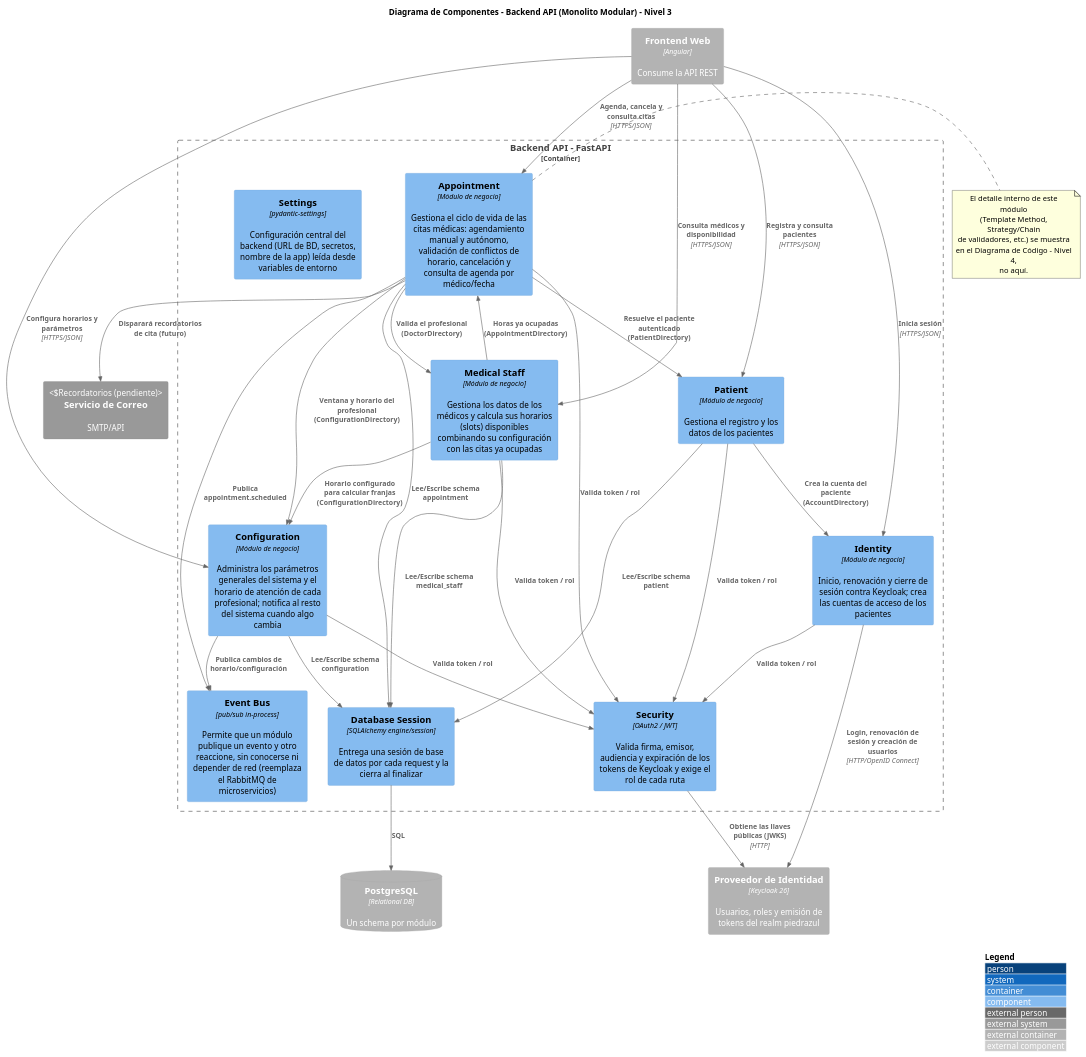
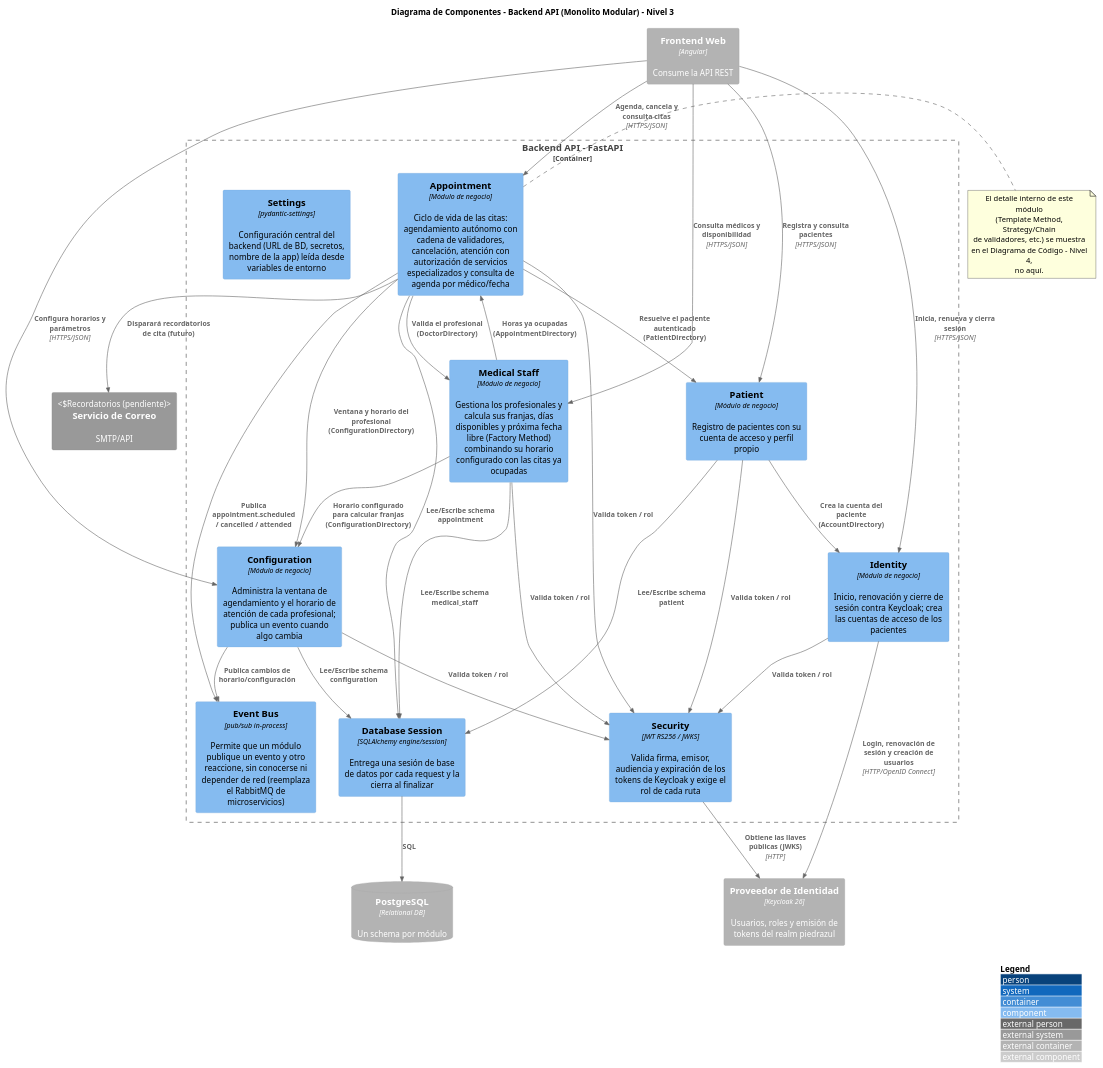
Before and after one commit to SantiagoGutierrez11/piedrazul-monolitic: the diagram in docs/architecture/c4-nivel3-componentes.puml, drawn with PlantUML. The commit also changed 8 other files, not shown here.

Commit message:
Align context, scenario and deployment diagrams with the implemented flows

```diff
--- a/docs/architecture/c4-nivel3-componentes.puml
+++ b/docs/architecture/c4-nivel3-componentes.puml
@@ -1,64 +1,64 @@
 @startuml
 !include <C4/C4_Component>
 LAYOUT_WITH_LEGEND()
 title Diagrama de Componentes - Backend API (Monolito Modular) - Nivel 3
 
 Container_Ext(frontend, "Frontend Web", "Angular", "Consume la API REST")
 ContainerDb_Ext(postgres, "PostgreSQL", "Relational DB", "Un schema por módulo")
 System_Ext(correo, "Servicio de Correo", "SMTP/API", "Recordatorios (pendiente)")
 Container_Ext(keycloak, "Proveedor de Identidad", "Keycloak 26", "Usuarios, roles y emisión de tokens del realm piedrazul")
 
 Container_Boundary(backend, "Backend API - FastAPI") {
 
     Component(config, "Settings", "pydantic-settings", "Configuración central del backend (URL de BD, secretos, nombre de la app) leída desde variables de entorno")
     Component(db_session, "Database Session", "SQLAlchemy engine/session", "Entrega una sesión de base de datos por cada request y la cierra al finalizar")
     Component(event_bus, "Event Bus", "pub/sub in-process", "Permite que un módulo publique un evento y otro reaccione, sin conocerse ni depender de red (reemplaza el RabbitMQ de microservicios)")
-    Component(security, "Security", "OAuth2 / JWT", "Valida firma, emisor, audiencia y expiración de los tokens de Keycloak y exige el rol de cada ruta")
+    Component(security, "Security", "JWT RS256 / JWKS", "Valida firma, emisor, audiencia y expiración de los tokens de Keycloak y exige el rol de cada ruta")
 
-    Component(appointment_mod, "Appointment", "Módulo de negocio", "Gestiona el ciclo de vida de las citas médicas: agendamiento manual y autónomo, validación de conflictos de horario, cancelación y consulta de agenda por médico/fecha")
-    Component(configuration_mod, "Configuration", "Módulo de negocio", "Administra los parámetros generales del sistema y el horario de atención de cada profesional; notifica al resto del sistema cuando algo cambia")
-    Component(medical_mod, "Medical Staff", "Módulo de negocio", "Gestiona los datos de los médicos y calcula sus horarios (slots) disponibles combinando su configuración con las citas ya ocupadas")
-    Component(patient_mod, "Patient", "Módulo de negocio", "Gestiona el registro y los datos de los pacientes")
+    Component(appointment_mod, "Appointment", "Módulo de negocio", "Ciclo de vida de las citas: agendamiento autónomo con cadena de validadores, cancelación, atención con autorización de servicios especializados y consulta de agenda por médico/fecha")
+    Component(configuration_mod, "Configuration", "Módulo de negocio", "Administra la ventana de agendamiento y el horario de atención de cada profesional; publica un evento cuando algo cambia")
+    Component(medical_mod, "Medical Staff", "Módulo de negocio", "Gestiona los profesionales y calcula sus franjas, días disponibles y próxima fecha libre (Factory Method) combinando su horario configurado con las citas ya ocupadas")
+    Component(patient_mod, "Patient", "Módulo de negocio", "Registro de pacientes con su cuenta de acceso y perfil propio")
     Component(identity_mod, "Identity", "Módulo de negocio", "Inicio, renovación y cierre de sesión contra Keycloak; crea las cuentas de acceso de los pacientes")
 }
 
 Rel(frontend, appointment_mod, "Agenda, cancela y consulta citas", "HTTPS/JSON")
 Rel(frontend, configuration_mod, "Configura horarios y parámetros", "HTTPS/JSON")
 Rel(frontend, medical_mod, "Consulta médicos y disponibilidad", "HTTPS/JSON")
 Rel(frontend, patient_mod, "Registra y consulta pacientes", "HTTPS/JSON")
-Rel(frontend, identity_mod, "Inicia sesión", "HTTPS/JSON")
+Rel(frontend, identity_mod, "Inicia, renueva y cierra sesión", "HTTPS/JSON")
 
-Rel(appointment_mod, event_bus, "Publica appointment.scheduled")
+Rel(appointment_mod, event_bus, "Publica appointment.scheduled / cancelled / attended")
 Rel(configuration_mod, event_bus, "Publica cambios de horario/configuración")
 Rel(appointment_mod, medical_mod, "Valida el profesional (DoctorDirectory)")
 Rel(appointment_mod, patient_mod, "Resuelve el paciente autenticado (PatientDirectory)")
 Rel(appointment_mod, configuration_mod, "Ventana y horario del profesional (ConfigurationDirectory)")
 Rel(medical_mod, configuration_mod, "Horario configurado para calcular franjas (ConfigurationDirectory)")
 Rel(medical_mod, appointment_mod, "Horas ya ocupadas (AppointmentDirectory)")
 Rel(patient_mod, identity_mod, "Crea la cuenta del paciente (AccountDirectory)")
 
 Rel(appointment_mod, db_session, "Lee/Escribe schema appointment")
 Rel(configuration_mod, db_session, "Lee/Escribe schema configuration")
 Rel(medical_mod, db_session, "Lee/Escribe schema medical_staff")
 Rel(patient_mod, db_session, "Lee/Escribe schema patient")
 Rel(identity_mod, keycloak, "Login, renovación de sesión y creación de usuarios", "HTTP/OpenID Connect")
 Rel(security, keycloak, "Obtiene las llaves públicas (JWKS)", "HTTP")
 Rel(db_session, postgres, "SQL")
 
 Rel(appointment_mod, security, "Valida token / rol")
 Rel(configuration_mod, security, "Valida token / rol")
 Rel(medical_mod, security, "Valida token / rol")
 Rel(patient_mod, security, "Valida token / rol")
 Rel(identity_mod, security, "Valida token / rol")
 
 Rel(appointment_mod, correo, "Disparará recordatorios de cita (futuro)")
 
 note right of appointment_mod
   El detalle interno de este módulo
   (Template Method, Strategy/Chain
   de validadores, etc.) se muestra
   en el Diagrama de Código - Nivel 4,
   no aquí.
 end note
 
 @enduml
```
